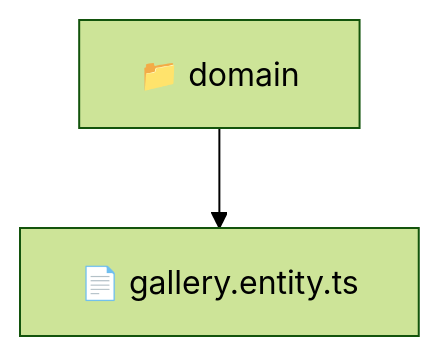
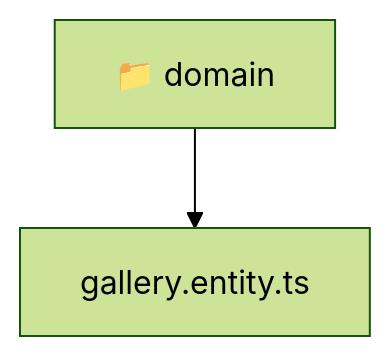
Before and after one commit to beginwebdev2002/fullstack-mavluda: the diagram in backend/src/modules/gallery/domain/README.md, drawn with Mermaid (forest theme). The commit also changed other lines of this file and 167 other files, not shown here.

````diff
--- a/backend/src/modules/gallery/domain/README.md
+++ b/backend/src/modules/gallery/domain/README.md
@@ -9,5 +9,6 @@
 ```mermaid
 graph TD
-  Root["📁 domain"]
-  Root --> gallery_entity_ts["📄 gallery.entity.ts"]
+  Root_domain["📁 domain"]
+  f_gallery_entity_ts["gallery.entity.ts"]
+  Root_domain --> f_gallery_entity_ts
 ```
````
